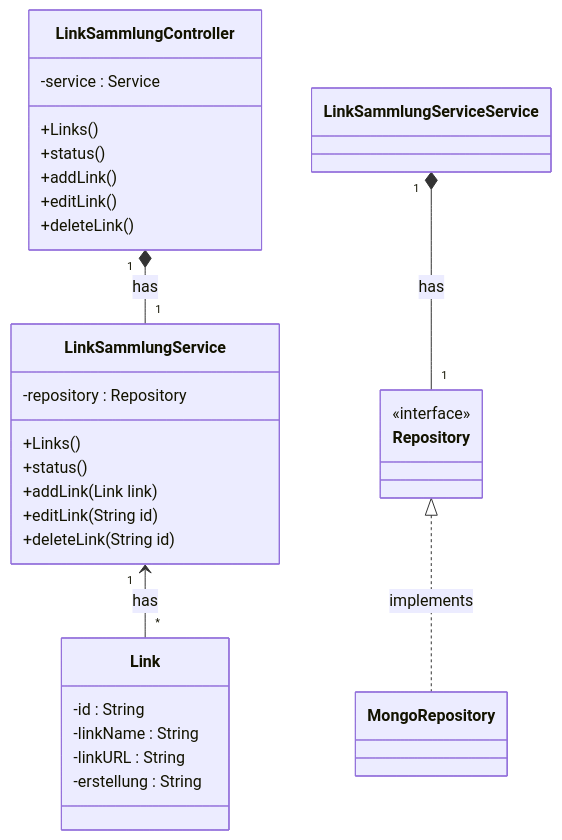
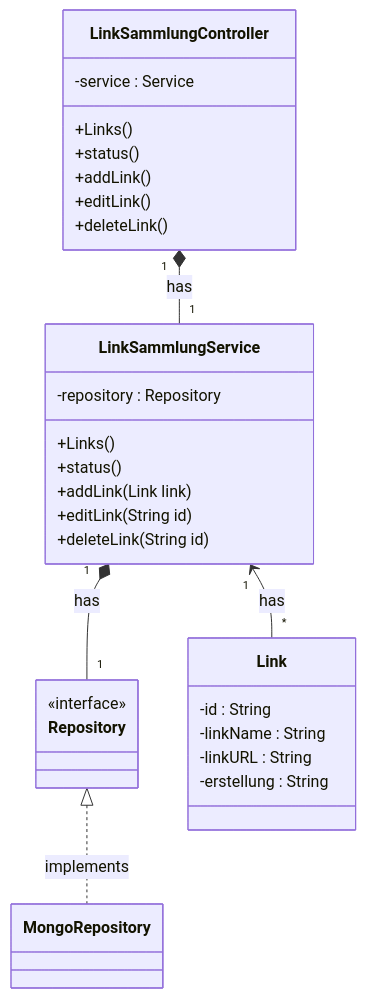
Before and after one commit to Janis0001/POS_LINKSAMMLUNG_API: the second of 2 diagrams in README.md, drawn with Mermaid.

````diff
--- a/README.md
+++ b/README.md
@@ -363,41 +363,41 @@
 ```mermaid
 classDiagram
 
 LinkSammlungController "1" *-- "1" LinkSammlungService : has
-LinkSammlungServiceService "1" *-- "1" Repository: has
+LinkSammlungService "1" *-- "1" Repository: has
 LinkSammlungService "1" <-- "*" Link : has
 Repository <|.. MongoRepository : implements
 
 class  LinkSammlungController{
 -service : Service
 +Links()
 +status()
 +addLink()
 +editLink()
 +deleteLink()
 }
 
 class  LinkSammlungService{
 -repository : Repository
 +Links()
 +status()
 +addLink(Link link)
 +editLink(String id)
 +deleteLink(String id)
 }
 
 class  Repository{
 <<interface>>
 }
 
 class  Link{
 -id : String
 -linkName : String
 -linkURL : String
 -erstellung : String
 }
 
 class MongoRepository {
   
 }
 ```
````
